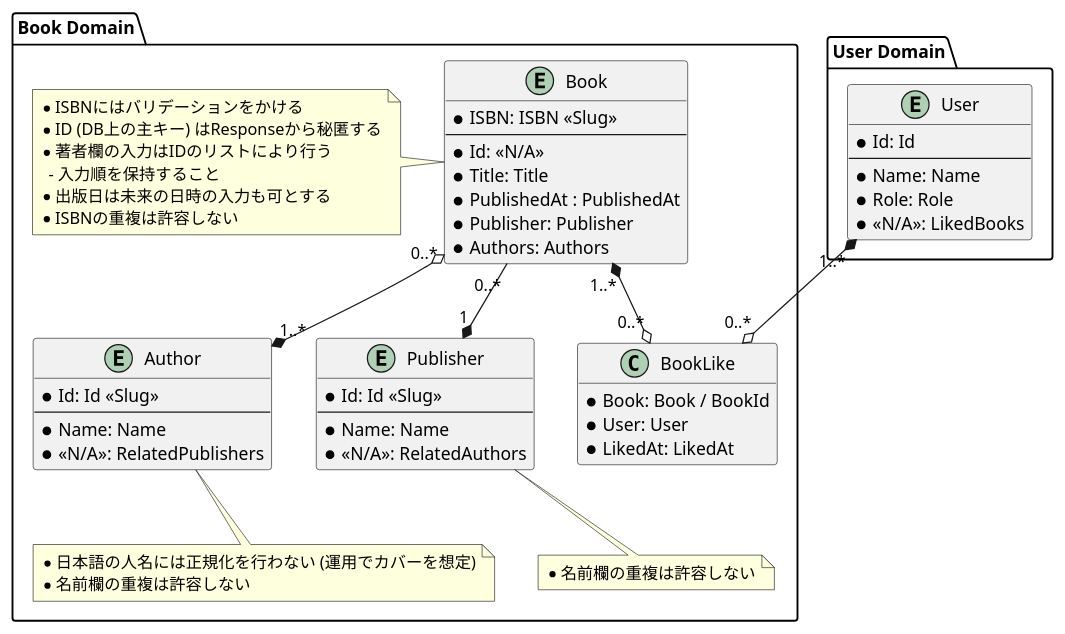
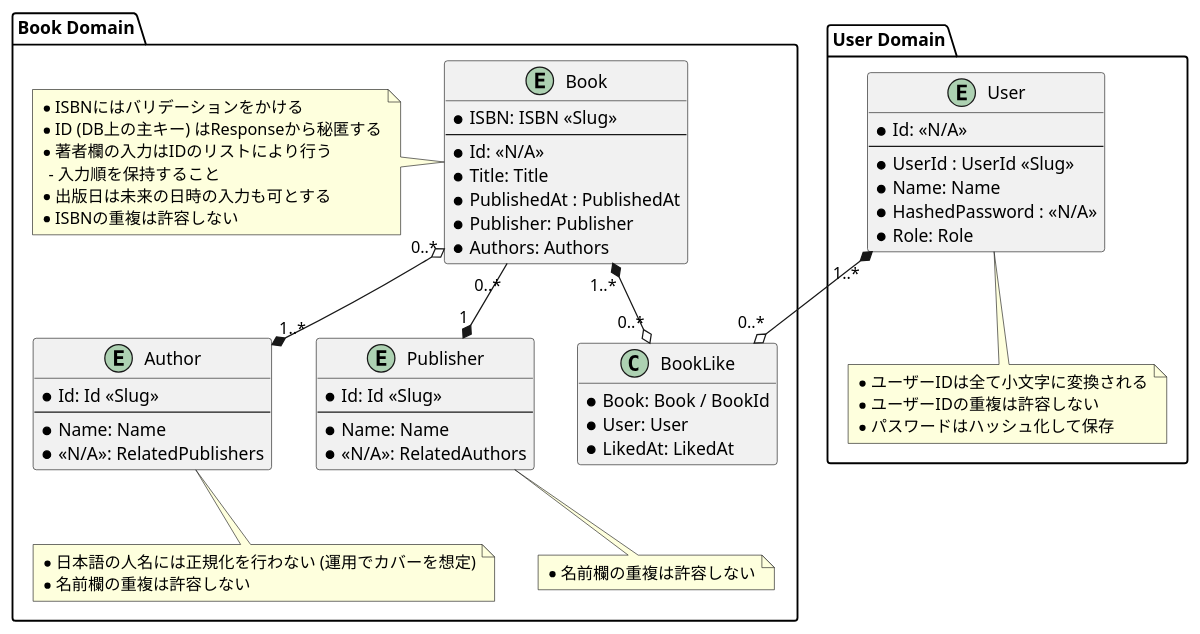
One commit to nftug/BookApi changed the diagram in Diagrams/DomainModel.pu. Above: the diagram before and after it, drawn with PlantUML. The commit also changed 14 other files, not shown here.

```diff
--- a/Diagrams/DomainModel.pu
+++ b/Diagrams/DomainModel.pu
@@ -1,72 +1,79 @@
 @startuml BookApi_DomainModel
 
 hide method
 skinparam DefaultFontName Helvetica
 
 package "Book Domain" as Domain {
     entity Author {
         * Id: Id <<Slug>>
         --
         * Name: Name
         * <<N/A>>: RelatedPublishers
     }
 
     entity Publisher {
         * Id: Id <<Slug>>
         --
         * Name: Name
         * <<N/A>>: RelatedAuthors
     }
 
     entity Book {
         * ISBN: ISBN <<Slug>>
         --
         * Id: <<N/A>>
         * Title: Title
         * PublishedAt : PublishedAt
         * Publisher: Publisher
         * Authors: Authors
     }
 
     class BookLike {
         * Book: Book / BookId
         * User: User
         * LikedAt: LikedAt
     }
 
     Book "0..*" o--* "1..*" Author
     Book "0..*" --* "1" Publisher
     Book "1..*" *--o "0..*" BookLike
 
     note left of Book
         * ISBNにはバリデーションをかける
         * ID (DB上の主キー) はResponseから秘匿する
         * 著者欄の入力はIDのリストにより行う
           - 入力順を保持すること
         * 出版日は未来の日時の入力も可とする
         * ISBNの重複は許容しない
     endnote
 
     note bottom of Author
         * 日本語の人名には正規化を行わない (運用でカバーを想定)
         * 名前欄の重複は許容しない
     endnote
 
     note bottom of Publisher
         * 名前欄の重複は許容しない
     endnote
 }
 
 package "User Domain" {
     entity User {
-        * Id: Id
+        * Id: <<N/A>>
         --
+        * UserId : UserId <<Slug>>
         * Name: Name
+        * HashedPassword : <<N/A>>
         * Role: Role
-        * <<N/A>>: LikedBooks
     }
+
+    note bottom of User
+        * ユーザーIDは全て小文字に変換される
+        * ユーザーIDの重複は許容しない
+        * パスワードはハッシュ化して保存
+    endnote
 }
 
 BookLike "0..*" o-up-* "1..*" User
 
 @enduml
```
